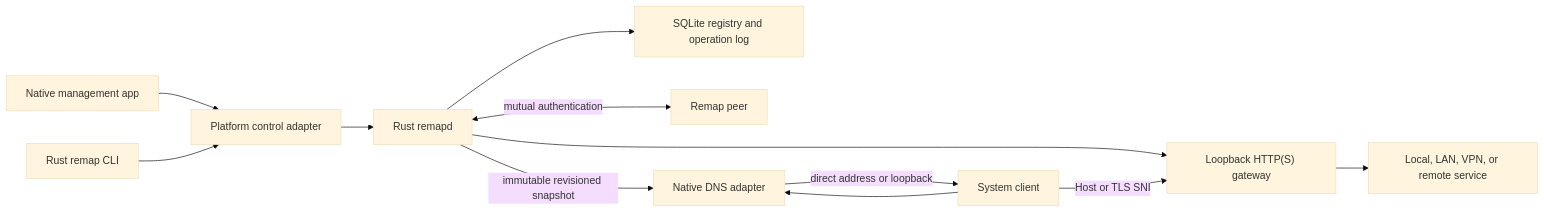
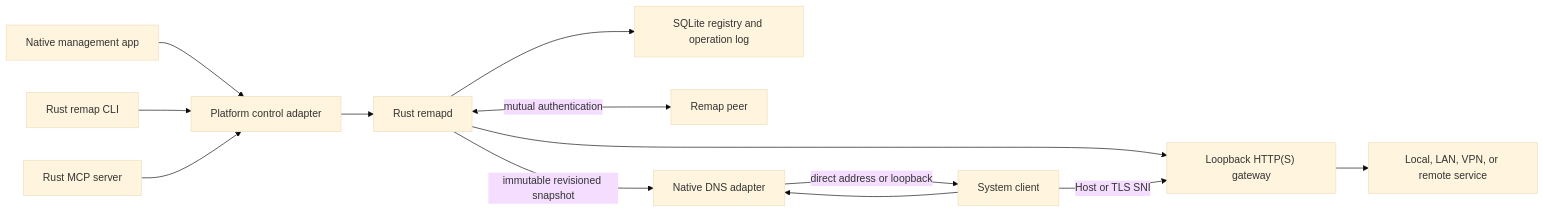
Before and after one commit to Agenxy/remap: the diagram in docs/architecture/ARCHITECTURE.md, drawn with Mermaid (base theme). The commit also changed other lines of this file and 422 other files, not shown here.

````diff
--- a/docs/architecture/ARCHITECTURE.md
+++ b/docs/architecture/ARCHITECTURE.md
@@ -24,14 +24,15 @@
 ```mermaid
 flowchart LR
     App["Native management app"] --> Control["Platform control adapter"]
     CLI["Rust remap CLI"] --> Control
+    MCP["Rust MCP server"] --> Control
     Control --> Daemon["Rust remapd"]
     Daemon --> DB["SQLite registry and operation log"]
     Daemon --> Gateway["Loopback HTTP(S) gateway"]
     Daemon <-->|"mutual authentication"| Peer["Remap peer"]
     Daemon -->|"immutable revisioned snapshot"| DNS["Native DNS adapter"]
     Client["System client"] --> DNS
     DNS -->|"direct address or loopback"| Client
     Client -->|"Host or TLS SNI"| Gateway
     Gateway --> Upstream["Local, LAN, VPN, or remote service"]
 ```
````
